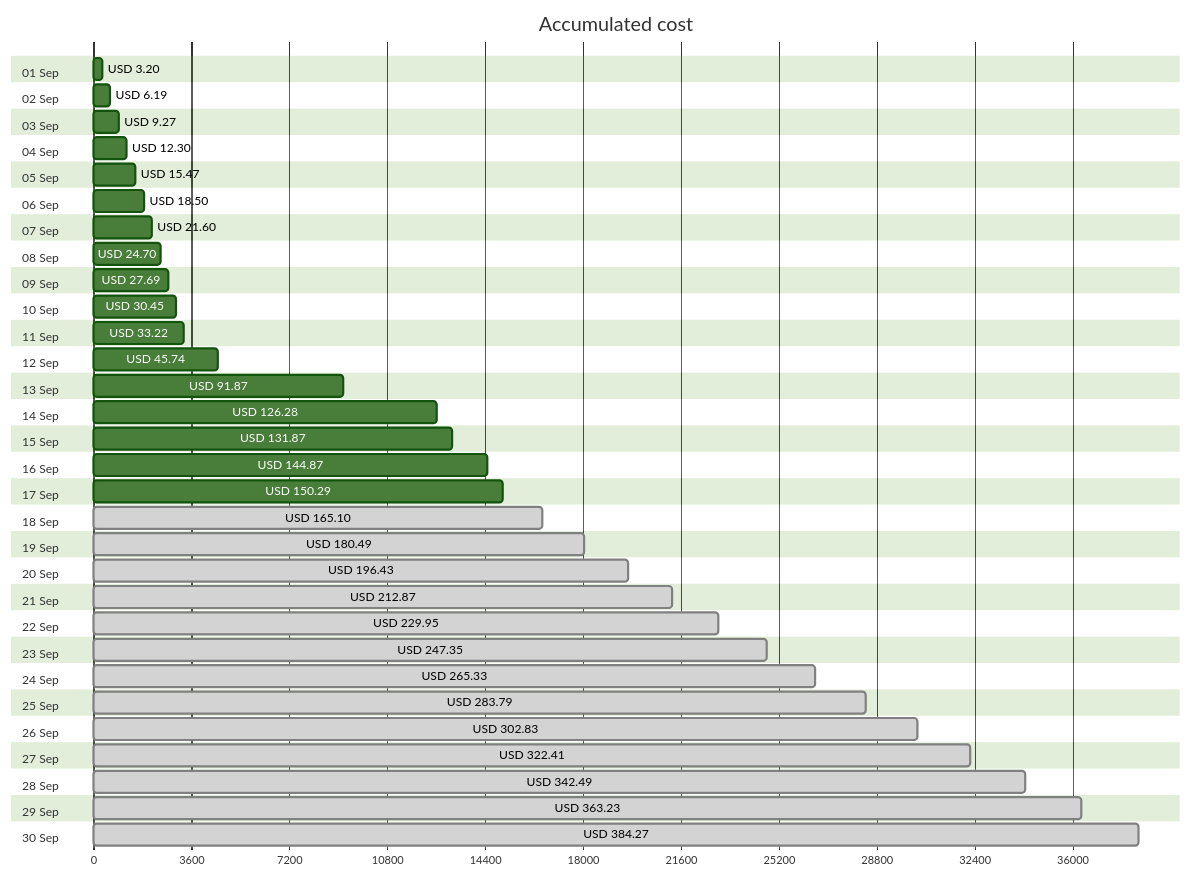
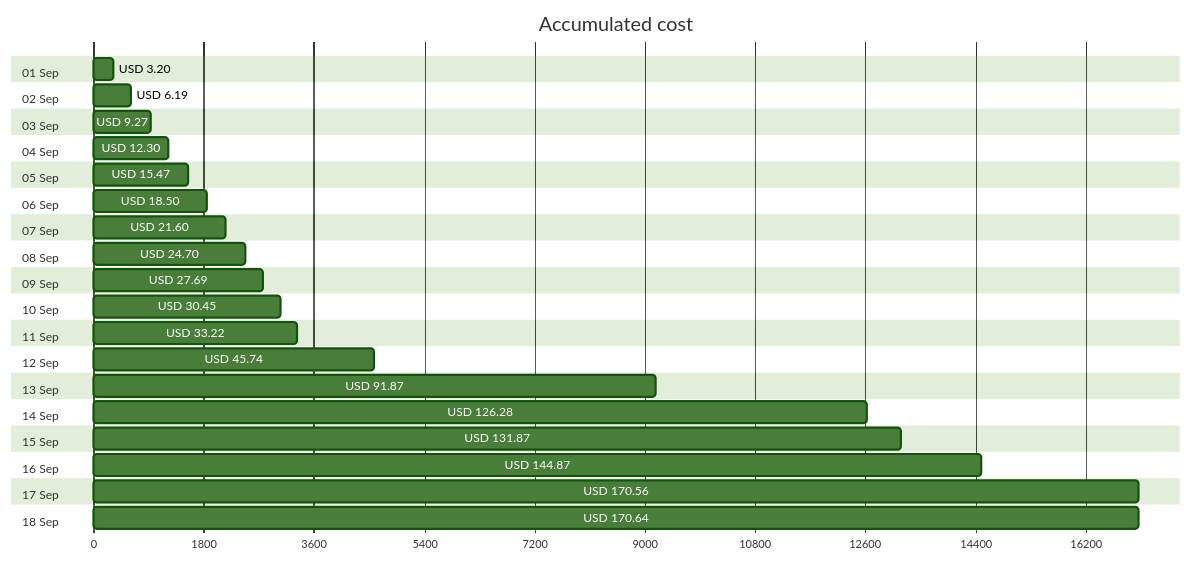
One commit to jpfulton/azure-personal-reports changed the first of 4 diagrams in cost-reports/personal-network/README.md. Above: the diagram before and after it, drawn with Mermaid (forest theme). The commit also changed other lines of this file and 17 other files, not shown here.

````diff
--- a/cost-reports/personal-network/README.md
+++ b/cost-reports/personal-network/README.md
@@ -20,66 +20,42 @@
 ```mermaid
 gantt
    title Accumulated cost
    dateFormat  X
    axisFormat %s
    section 01 Sep
    USD 3.20 :0, 320
    section 02 Sep
    USD 6.19 :0, 619
    section 03 Sep
    USD 9.27 :0, 927
    section 04 Sep
    USD 12.30 :0, 1230
    section 05 Sep
    USD 15.47 :0, 1547
    section 06 Sep
    USD 18.50 :0, 1850
    section 07 Sep
    USD 21.60 :0, 2160
    section 08 Sep
    USD 24.70 :0, 2470
    section 09 Sep
    USD 27.69 :0, 2769
    section 10 Sep
    USD 30.45 :0, 3045
    section 11 Sep
    USD 33.22 :0, 3322
    section 12 Sep
    USD 45.74 :0, 4574
    section 13 Sep
    USD 91.87 :0, 9187
    section 14 Sep
    USD 126.28 :0, 12628
    section 15 Sep
    USD 131.87 :0, 13187
    section 16 Sep
    USD 144.87 :0, 14487
    section 17 Sep
-   USD 150.29 :0, 15029
+   USD 170.56 :0, 17056
    section 18 Sep
-   USD 165.10 : done, 0, 16510
-   section 19 Sep
-   USD 180.49 : done, 0, 18049
-   section 20 Sep
-   USD 196.43 : done, 0, 19643
-   section 21 Sep
-   USD 212.87 : done, 0, 21287
-   section 22 Sep
-   USD 229.95 : done, 0, 22995
-   section 23 Sep
-   USD 247.35 : done, 0, 24735
-   section 24 Sep
-   USD 265.33 : done, 0, 26533
-   section 25 Sep
-   USD 283.79 : done, 0, 28379
-   section 26 Sep
-   USD 302.83 : done, 0, 30283
-   section 27 Sep
-   USD 322.41 : done, 0, 32241
-   section 28 Sep
-   USD 342.49 : done, 0, 34249
-   section 29 Sep
-   USD 363.23 : done, 0, 36323
-   section 30 Sep
-   USD 384.27 : done, 0, 38427
+   USD 170.64 :0, 17064
 ```
````
